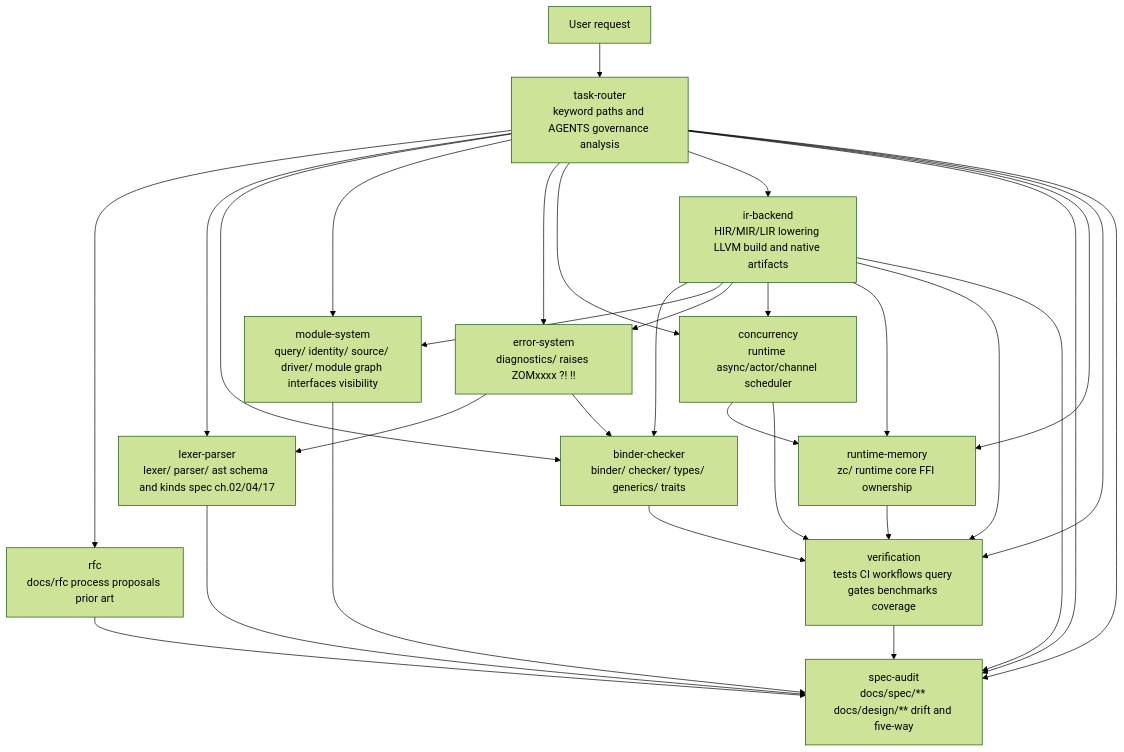
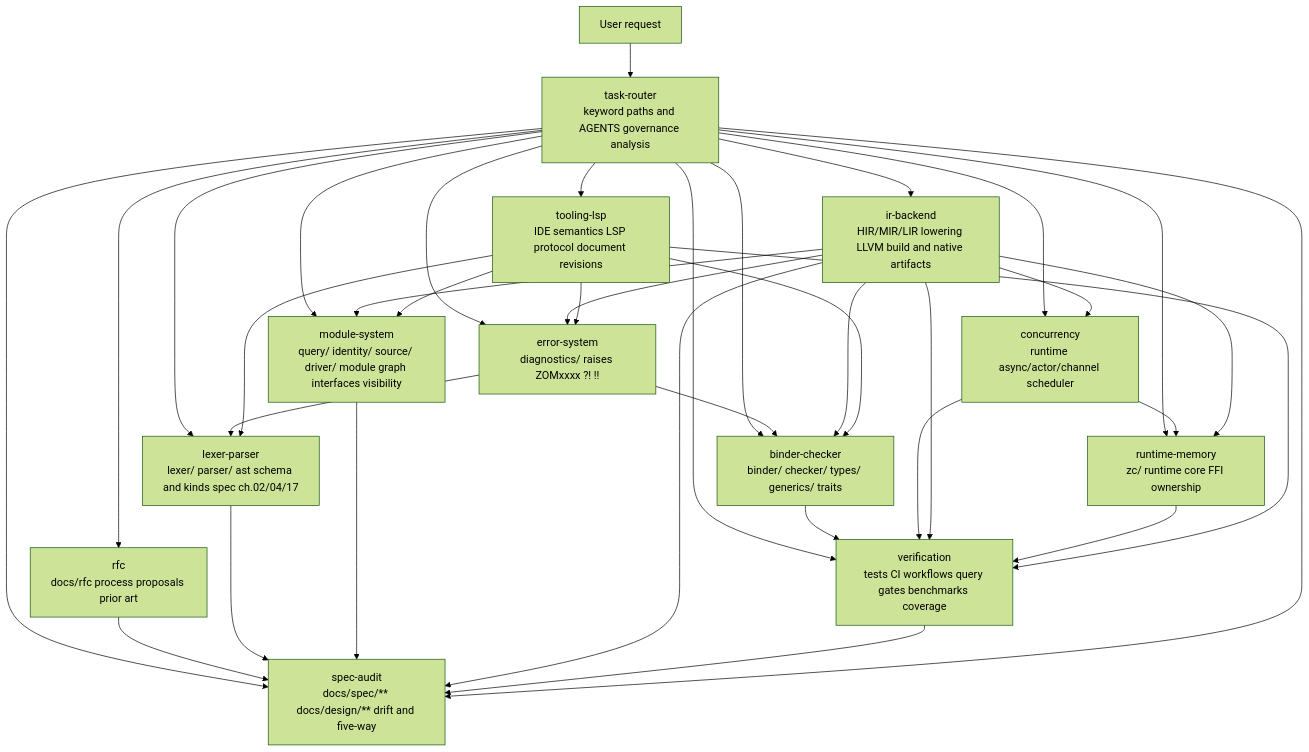
Before and after one commit to Zzzode/ZOM: the diagram in .agents/subagents/README.md, drawn with Mermaid (forest theme). The commit also changed other lines of this file and 2 other files, not shown here.

First line of the commit message:
feat(agents): add tooling-lsp subagent for IDE and LSP work

````diff
--- a/.agents/subagents/README.md
+++ b/.agents/subagents/README.md
@@ -11,35 +11,41 @@
 ```mermaid
 flowchart TD
     U[User request] --> TR[task-router<br/>keyword paths and AGENTS governance analysis]
 
     TR --> RF[rfc<br/>docs/rfc process proposals prior art]
     TR --> LP[lexer-parser<br/>lexer/ parser/ ast schema and kinds spec ch.02/04/17]
     TR --> BC[binder-checker<br/>binder/ checker/ types/ generics/ traits]
     TR --> MS[module-system<br/>query/ identity/ source/ driver/ module graph interfaces visibility]
     TR --> ES[error-system<br/>diagnostics/ raises ZOMxxxx ?! !!]
     TR --> CN[concurrency<br/>runtime async/actor/channel scheduler]
     TR --> IB[ir-backend<br/>HIR/MIR/LIR lowering LLVM build and native artifacts]
     TR --> SA[spec-audit<br/>docs/spec/** docs/design/** drift and five-way]
     TR --> RM[runtime-memory<br/>zc/ runtime core FFI ownership]
     TR --> VR[verification<br/>tests CI workflows query gates benchmarks coverage]
+    TR --> TL[tooling-lsp<br/>IDE semantics LSP protocol document revisions]
 
     %% Escalation edges
     RF --> SA
     LP --> SA
     BC --> VR
     MS --> SA
     ES --> LP
     ES --> BC
     CN --> RM
     CN --> VR
     IB --> BC
     IB --> MS
     IB --> ES
     IB --> CN
     IB --> RM
     IB --> VR
     IB --> SA
     RM --> VR
+    TL --> LP
+    TL --> BC
+    TL --> MS
+    TL --> ES
+    TL --> VR
     VR --> SA
     TR --> SA
 ```
````
